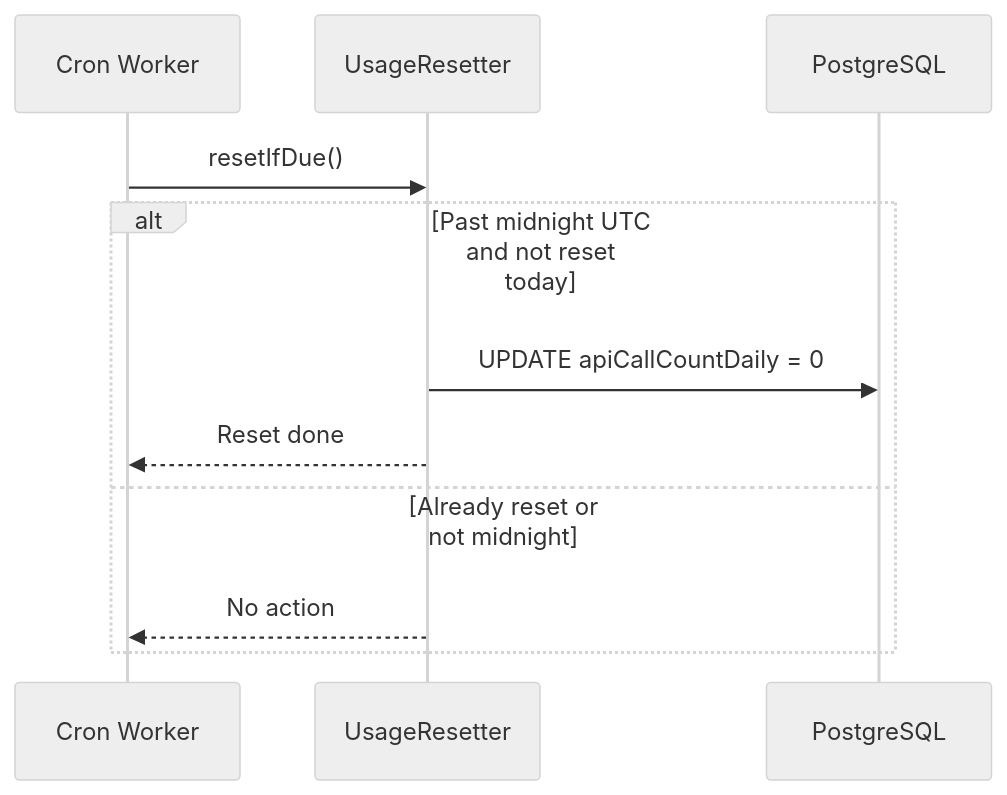
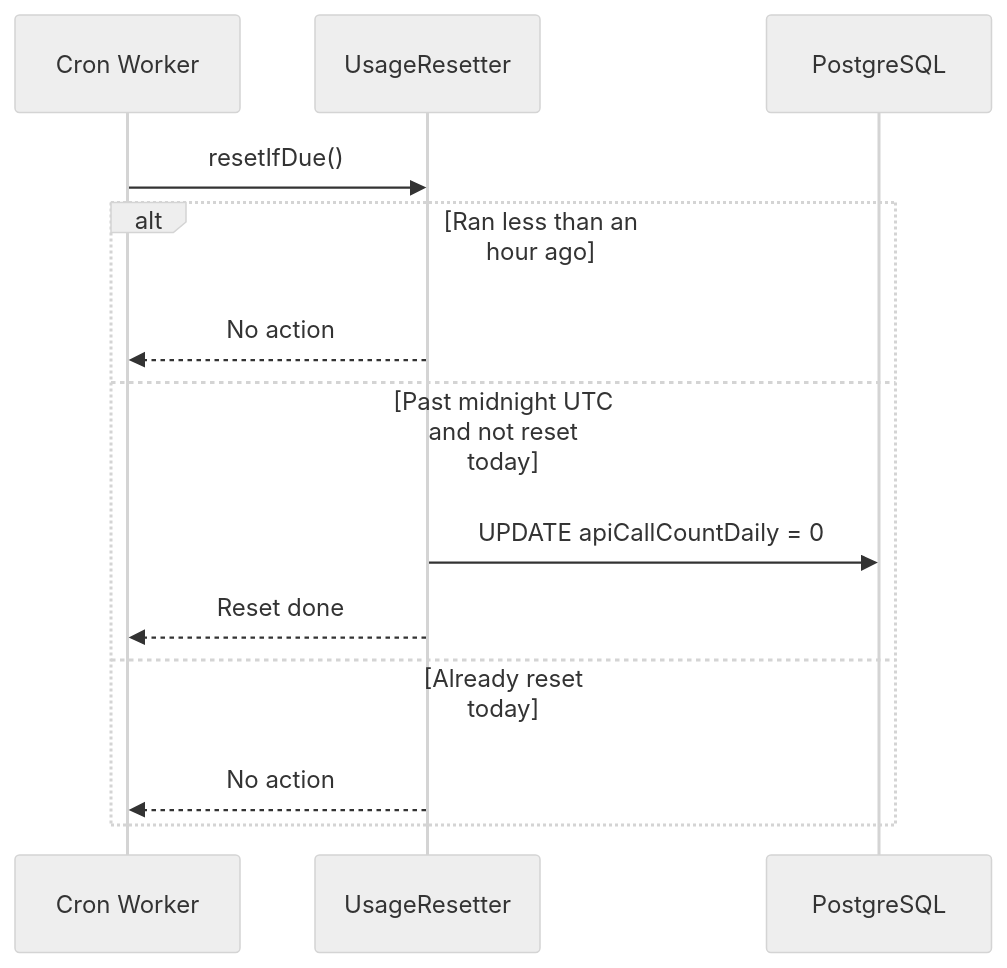
The eighth of 8 diagrams in services/workers/docs/concepts/message-flows.md (kunalPisolkar24/detectAI), drawn with Mermaid (neutral theme) before and after one commit. The commit also changed other lines of this file and 10 other files, not shown here.

````diff
--- a/services/workers/docs/concepts/message-flows.md
+++ b/services/workers/docs/concepts/message-flows.md
@@ -192,14 +279,16 @@
 ```mermaid
 sequenceDiagram
     participant Worker as Cron Worker
     participant Resetter as UsageResetter
     participant DB as PostgreSQL
 
     Worker->>Resetter: resetIfDue()
-    alt Past midnight UTC and not reset today
+    alt Ran less than an hour ago
+        Resetter-->>Worker: No action
+    else Past midnight UTC and not reset today
         Resetter->>DB: UPDATE apiCallCountDaily = 0
         Resetter-->>Worker: Reset done
-    else Already reset or not midnight
+    else Already reset today
         Resetter-->>Worker: No action
     end
 ```
````
